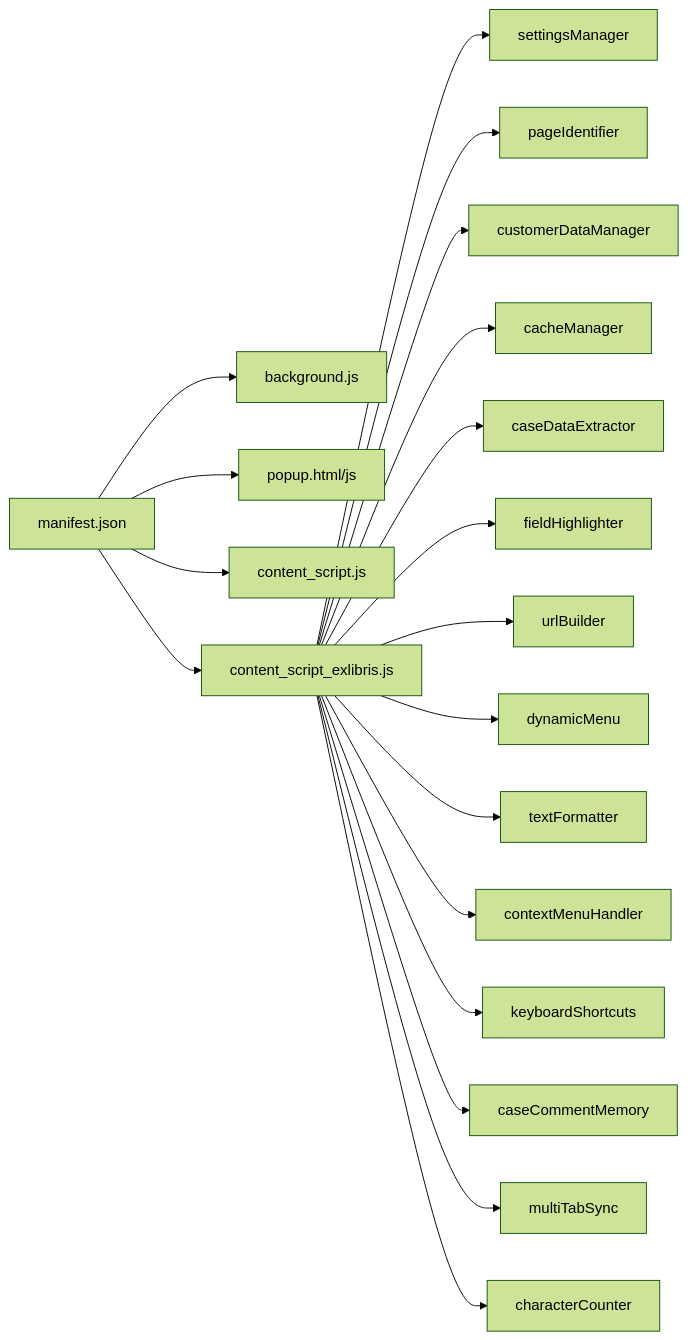
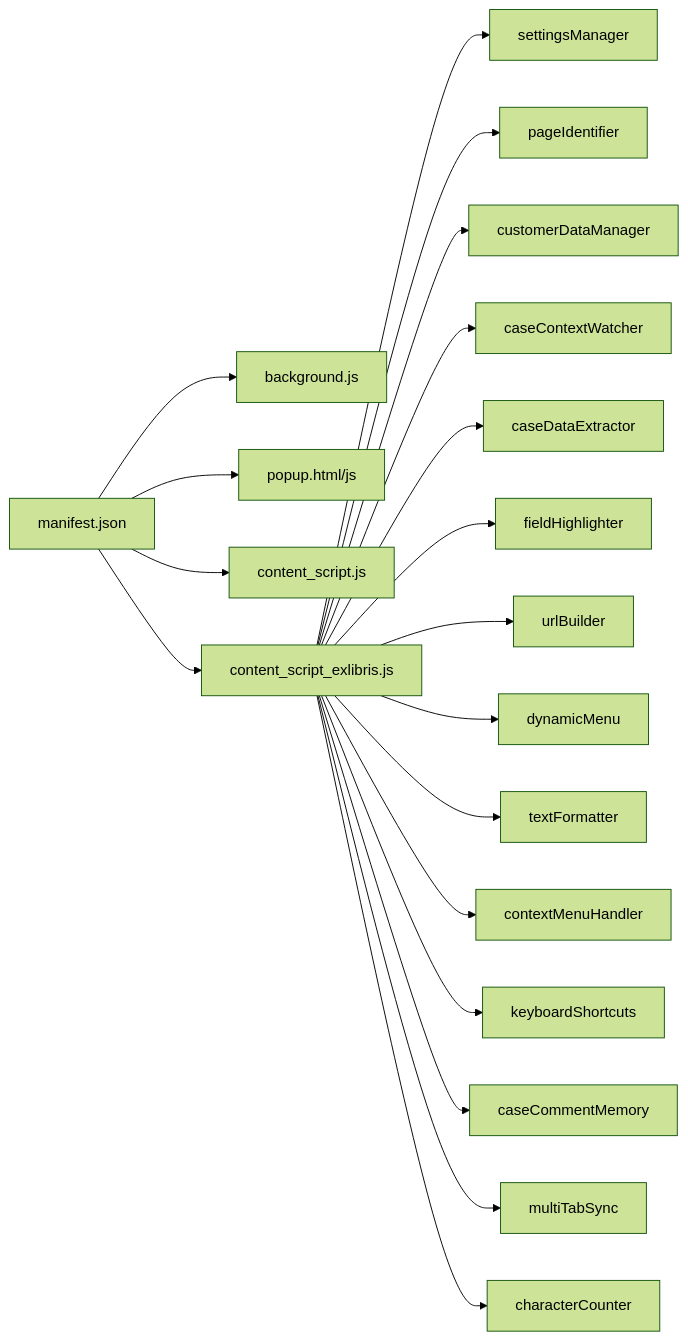
The second of 2 diagrams in explanation.md (faaizhipa/forceUp), drawn with Mermaid (forest theme) before and after one commit. The commit also changed other lines of this file and 23 other files, not shown here.

````diff
--- a/explanation.md
+++ b/explanation.md
@@ -166,21 +162,21 @@
 ```mermaid
 flowchart LR
    A[manifest.json] --> B[background.js]
    A --> C[popup.html/js]
    A --> D[content_script.js]
    A --> E[content_script_exlibris.js]
    E --> F[settingsManager]
    E --> G[pageIdentifier]
    E --> H[customerDataManager]
-   E --> I[cacheManager]
+   E --> I[caseContextWatcher]
    E --> J[caseDataExtractor]
    E --> K[fieldHighlighter]
    E --> L[urlBuilder]
    E --> M[dynamicMenu]
    E --> N[textFormatter]
    E --> O[contextMenuHandler]
    E --> P[keyboardShortcuts]
    E --> Q[caseCommentMemory]
    E --> R[multiTabSync]
    E --> S[characterCounter]
 ```
````
